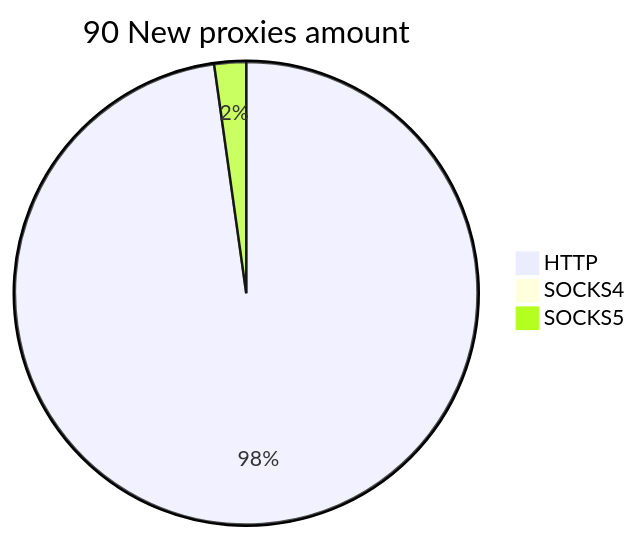
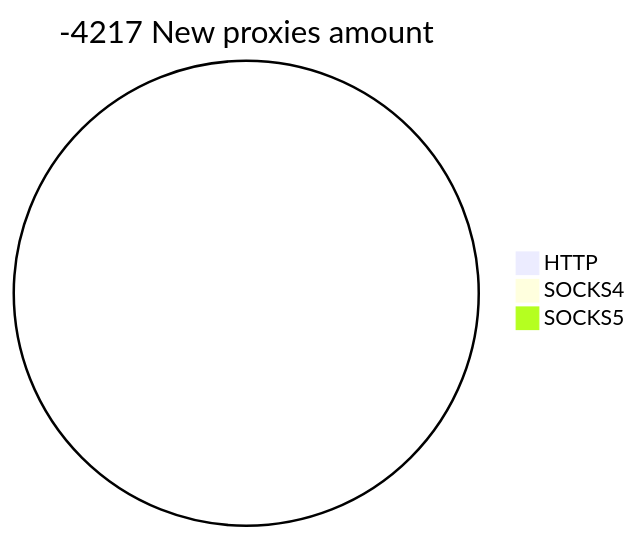
One commit to cutipu/proxylist changed the second of 2 diagrams in README.md. Above: the diagram before and after it, drawn with Mermaid. The commit also changed other lines of this file, not shown here.

````diff
--- a/README.md
+++ b/README.md
@@ -10,6 +10,6 @@
 ```mermaid
-pie title 90 New proxies amount
-    "HTTP" : 88
+pie title -4217 New proxies amount
+    "HTTP" : 0
     "SOCKS4" : 0
-    "SOCKS5" : 2
+    "SOCKS5" : 0
 ```
````
